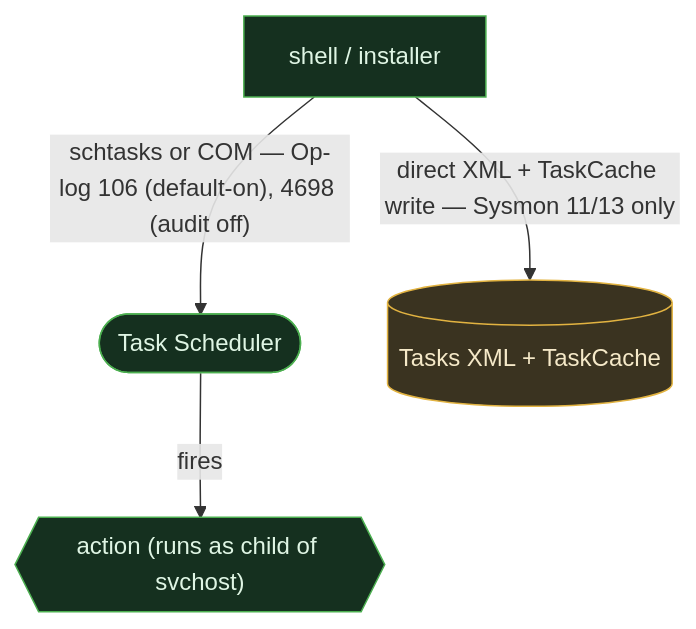
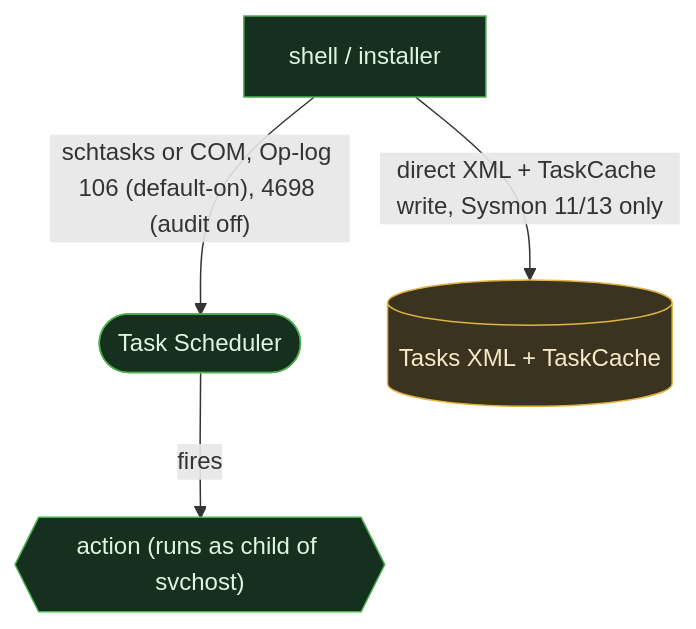
The second of 4 diagrams in src/persistence/02-scheduled.md (iimp0ster/os-internals-de-guide), drawn with Mermaid before and after one commit. The commit also changed other lines of this file and 53 other files, not shown here.

````diff
--- a/src/persistence/02-scheduled.md
+++ b/src/persistence/02-scheduled.md
@@ -55,8 +51,8 @@
 ```mermaid
 flowchart TB
-    P["shell / installer"]:::seen -->|"schtasks or COM — Op-log 106 (default-on), 4698 (audit off)"| SCH(["Task Scheduler"]):::seen
-    P -->|"direct XML + TaskCache write — Sysmon 11/13 only"| CFG[("Tasks XML + TaskCache")]:::part
+    P["shell / installer"]:::seen -->|"schtasks or COM, Op-log 106 (default-on), 4698 (audit off)"| SCH(["Task Scheduler"]):::seen
+    P -->|"direct XML + TaskCache write, Sysmon 11/13 only"| CFG[("Tasks XML + TaskCache")]:::part
     SCH -->|"fires"| PAY{{"action (runs as child of svchost)"}}:::seen
     classDef seen fill:#15301f,stroke:#4caf50,color:#dff5e4;
     classDef part fill:#3a3320,stroke:#e2b341,color:#f5e9c8;
 ```
````
